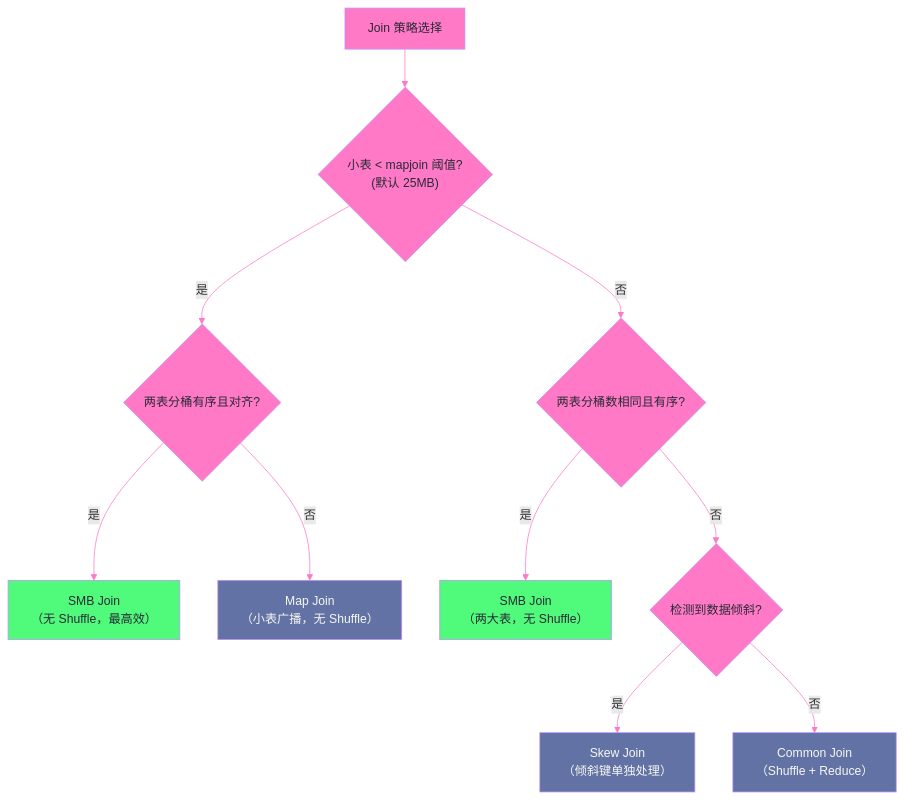
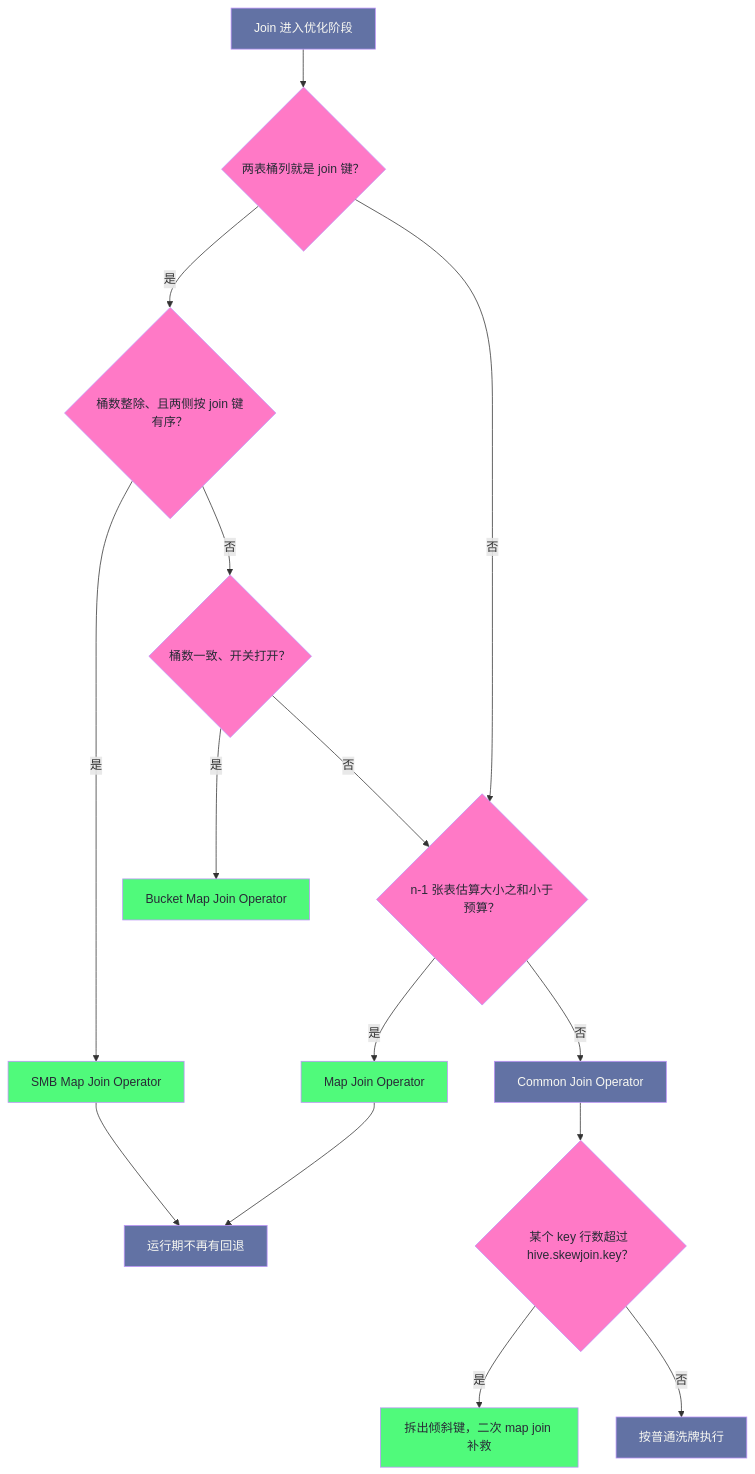
The second of 6 diagrams in content/大数据/Hive/06 Join 深度解析：五种 Join 策略的实现机制.md (hpliStartAgain/my-brain), drawn with Mermaid before and after one commit. The commit also changed other lines of this file and 455 other files, not shown here.

````diff
--- a/content/大数据/Hive/06 Join 深度解析：五种 Join 策略的实现机制.md
+++ b/content/大数据/Hive/06 Join 深度解析：五种 Join 策略的实现机制.md
@@ -33,21 +118,24 @@
 ```mermaid
-%%{init: {"theme": "dracula", "themeVariables": {"primaryColor": "#6272a4", "primaryTextColor": "#f8f8f2", "lineColor": "#ff79c6"}}}%%
-graph TD
-    Q["Join 策略选择"]
-    Q --> B1{"小表 < mapjoin 阈值?</br>(默认 25MB)"}
-    B1 -->|"是"| B2{"两表分桶有序且对齐?"}
-    B1 -->|"否"| B3{"两表分桶数相同且有序?"}
-    B2 -->|"是"| SMB["SMB Join</br>（无 Shuffle，最高效）"]
-    B2 -->|"否"| MAPJ["Map Join</br>（小表广播，无 Shuffle）"]
-    B3 -->|"是"| SMB2["SMB Join</br>（两大表，无 Shuffle）"]
-    B3 -->|"否"| B4{"检测到数据倾斜?"}
-    B4 -->|"是"| SKEW["Skew Join</br>（倾斜键单独处理）"]
-    B4 -->|"否"| COMM["Common Join</br>（Shuffle + Reduce）"]
-
-    classDef decision fill:#ff79c6,stroke:#bd93f9,color:#282a36
-    classDef join fill:#6272a4,stroke:#bd93f9,color:#f8f8f2
-    classDef best fill:#50fa7b,stroke:#bd93f9,color:#282a36
-    class Q,B1,B2,B3,B4 decision
-    class MAPJ,SKEW,COMM join
-    class SMB,SMB2 best
+%%{init: {'theme': 'dracula'}}%%
+flowchart TD
+    A["Join 进入优化阶段"] --> B{"两表桶列就是 join 键？"}
+    B -->|"是"| C{"桶数整除、且两侧按 join 键有序？"}
+    C -->|"是"| D["SMB Map Join Operator"]
+    C -->|"否"| E{"桶数一致、开关打开？"}
+    E -->|"是"| F["Bucket Map Join Operator"]
+    B -->|"否"| G{"n-1 张表估算大小之和小于预算？"}
+    E -->|"否"| G
+    G -->|"是"| H["Map Join Operator"]
+    G -->|"否"| I["Common Join Operator"]
+    I --> J{"某个 key 行数超过 hive.skewjoin.key？"}
+    J -->|"是"| K["拆出倾斜键，二次 map join 补救"]
+    J -->|"否"| L["按普通洗牌执行"]
+    D --> M["运行期不再有回退"]
+    H --> M
+    classDef dec fill:#ff79c6,stroke:#bd93f9,color:#282a36
+    classDef ok fill:#50fa7b,stroke:#bd93f9,color:#282a36
+    classDef slow fill:#6272a4,stroke:#bd93f9,color:#f8f8f2
+    class B,C,E,G,J dec
+    class D,F,H,K ok
+    class A,I,L,M slow
 ```
````
